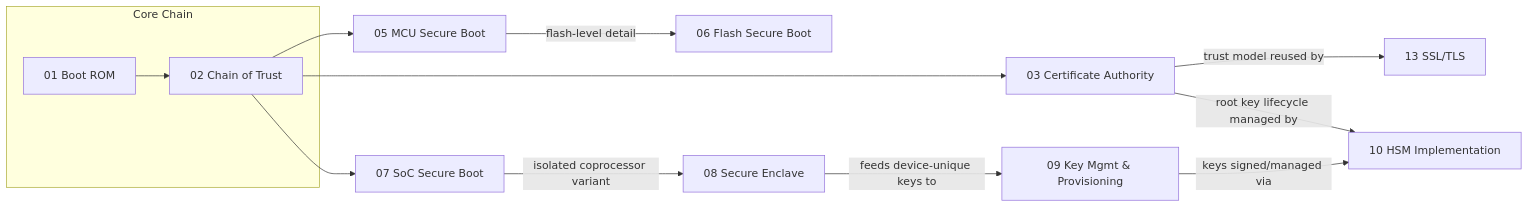
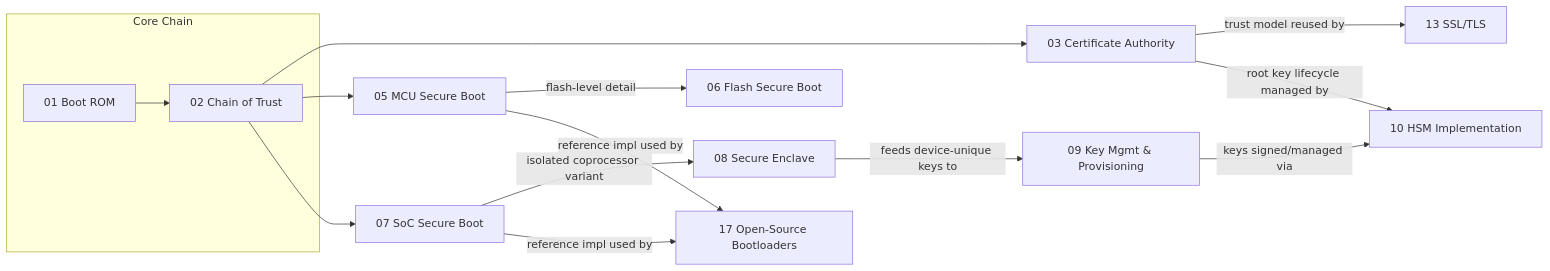
Before and after one commit to sprchuoi/securebootloader: the second of 2 diagrams in docs/index.md, drawn with Mermaid. The commit also changed other lines of this file and 6 other files, not shown here.

First line of the commit message:
Add folder 17: open-source bootloaders (U-Boot, MCUboot, Zephyr, FreeRTOS, TF-A/OP-TEE)

````diff
--- a/docs/index.md
+++ b/docs/index.md
@@ -64,15 +66,17 @@
 ```mermaid
 flowchart LR
     subgraph Core Chain
         BR[01 Boot ROM] --> COT[02 Chain of Trust]
     end
     COT --> CA3[03 Certificate Authority]
     CA3 -->|trust model reused by| SSL13[13 SSL/TLS]
     CA3 -->|root key lifecycle managed by| HSM10[10 HSM Implementation]
     COT --> MCU5[05 MCU Secure Boot]
     MCU5 -->|flash-level detail| FLASH6[06 Flash Secure Boot]
     COT --> SOC7[07 SoC Secure Boot]
     SOC7 -->|isolated coprocessor variant| ENC8[08 Secure Enclave]
     ENC8 -->|feeds device-unique keys to| KEY9[09 Key Mgmt & Provisioning]
     KEY9 -->|keys signed/managed via| HSM10
+    SOC7 -->|reference impl used by| OSS17[17 Open-Source Bootloaders]
+    MCU5 -->|reference impl used by| OSS17
 ```
````
